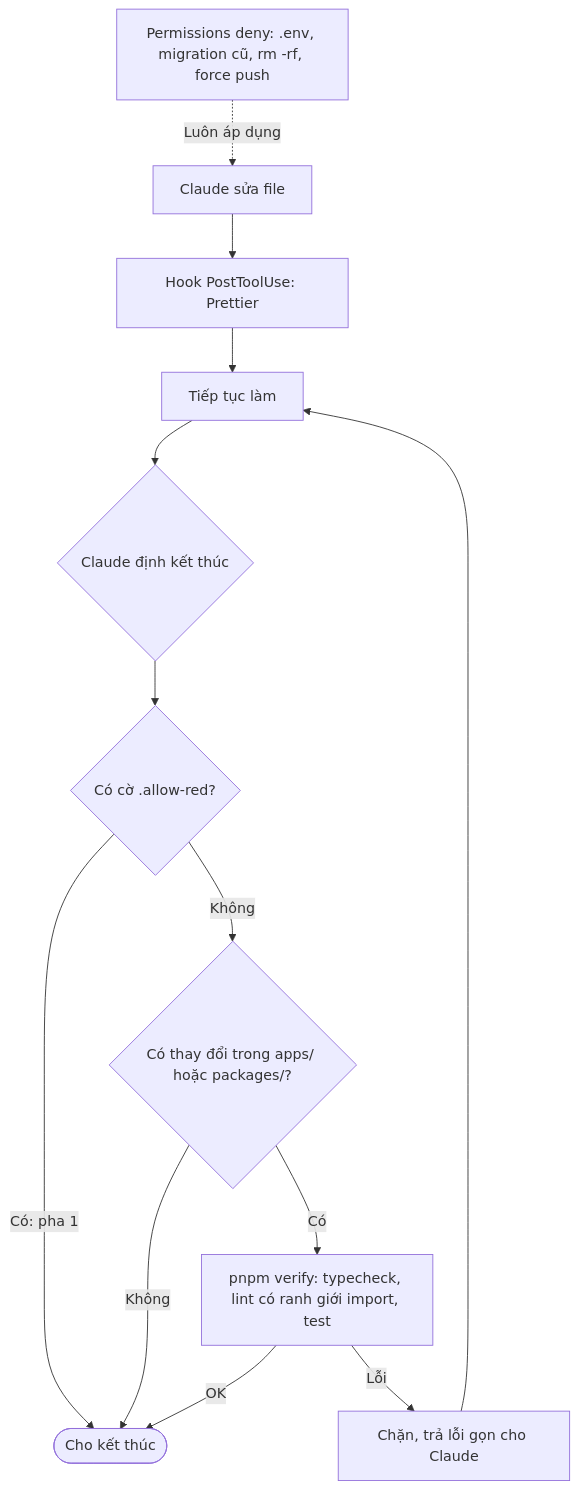
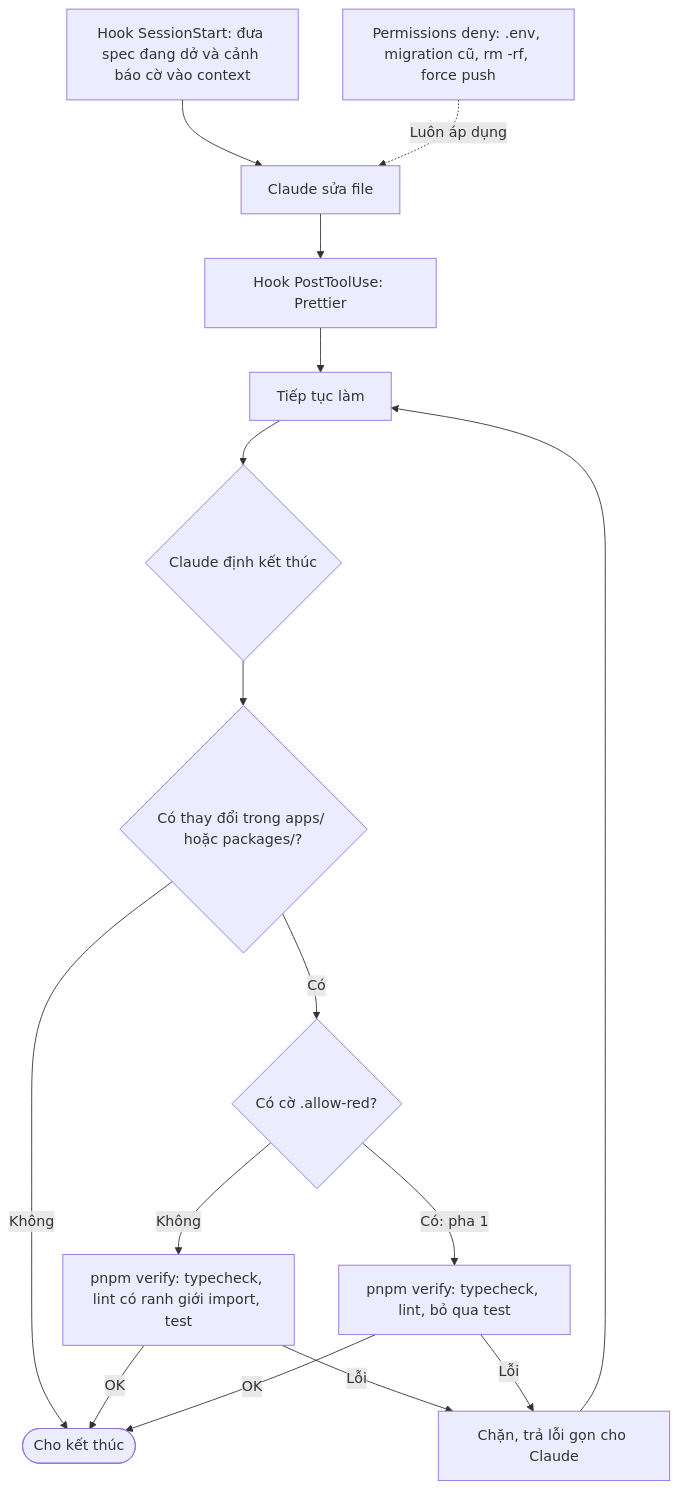
One commit to trantrong810-bz/claude-starter changed the second of 2 diagrams in docs/WORKFLOW.md. Above: the diagram before and after it, drawn with Mermaid. The commit also changed other lines of this file and 7 other files, not shown here.

First line of the commit message:
Harden phase 1 and add session context hook

````diff
--- a/docs/WORKFLOW.md
+++ b/docs/WORKFLOW.md
@@ -63,16 +66,19 @@
 ```mermaid
 flowchart TD
+    SS["Hook SessionStart: đưa spec đang dở và cảnh báo cờ vào context"] --> EDIT
     EDIT["Claude sửa file"] --> FMT["Hook PostToolUse: Prettier"]
     FMT --> WORK["Tiếp tục làm"]
     WORK --> STOP{"Claude định kết thúc"}
-    STOP --> FLAG{"Có cờ .allow-red?"}
-    FLAG -->|"Có: pha 1"| END(["Cho kết thúc"])
-    FLAG -->|"Không"| DIFF{"Có thay đổi trong apps/ hoặc packages/?"}
-    DIFF -->|"Không"| END
-    DIFF -->|"Có"| VERIFY["pnpm verify: typecheck, lint có ranh giới import, test"]
+    STOP --> DIFF{"Có thay đổi trong apps/ hoặc packages/?"}
+    DIFF -->|"Không"| END(["Cho kết thúc"])
+    DIFF -->|"Có"| FLAG{"Có cờ .allow-red?"}
+    FLAG -->|"Không"| VERIFY["pnpm verify: typecheck, lint có ranh giới import, test"]
+    FLAG -->|"Có: pha 1"| VERIFYP1["pnpm verify: typecheck, lint, bỏ qua test"]
     VERIFY -->|"OK"| END
+    VERIFYP1 -->|"OK"| END
     VERIFY -->|"Lỗi"| BLOCK["Chặn, trả lỗi gọn cho Claude"]
+    VERIFYP1 -->|"Lỗi"| BLOCK
     BLOCK --> WORK
 
     PERM["Permissions deny: .env, migration cũ, rm -rf, force push"] -.->|"Luôn áp dụng"| EDIT
 ```
````
